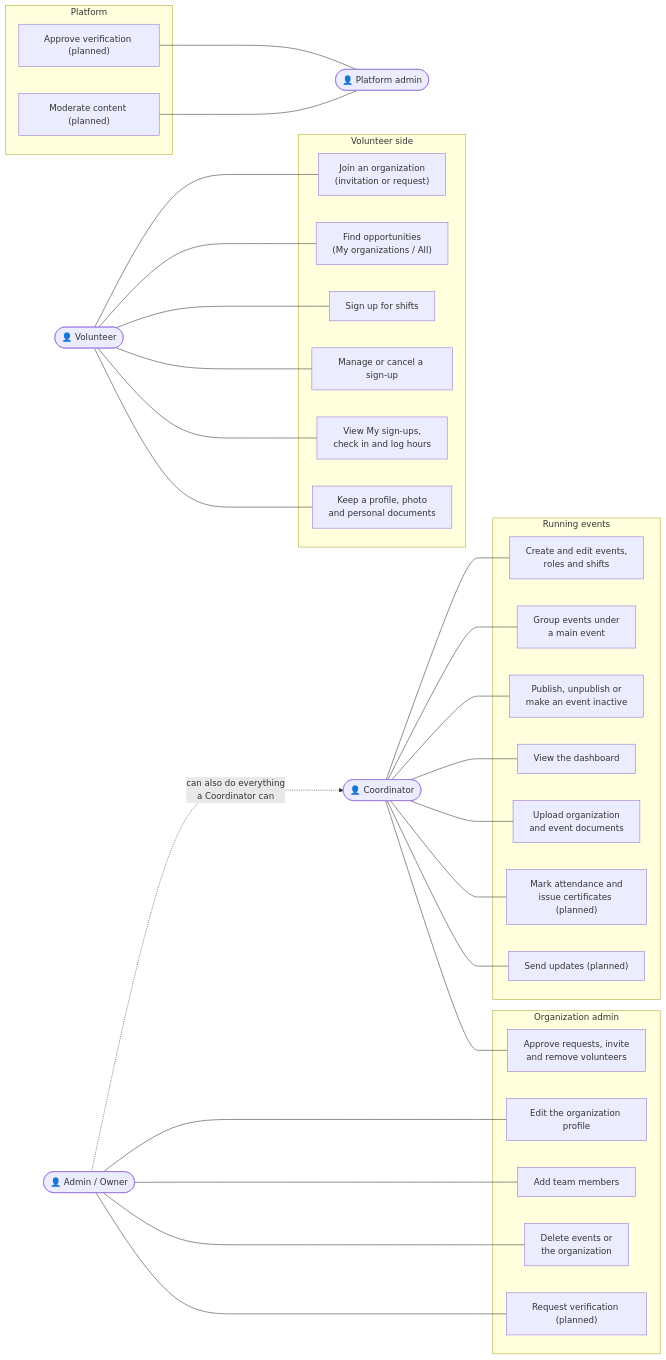
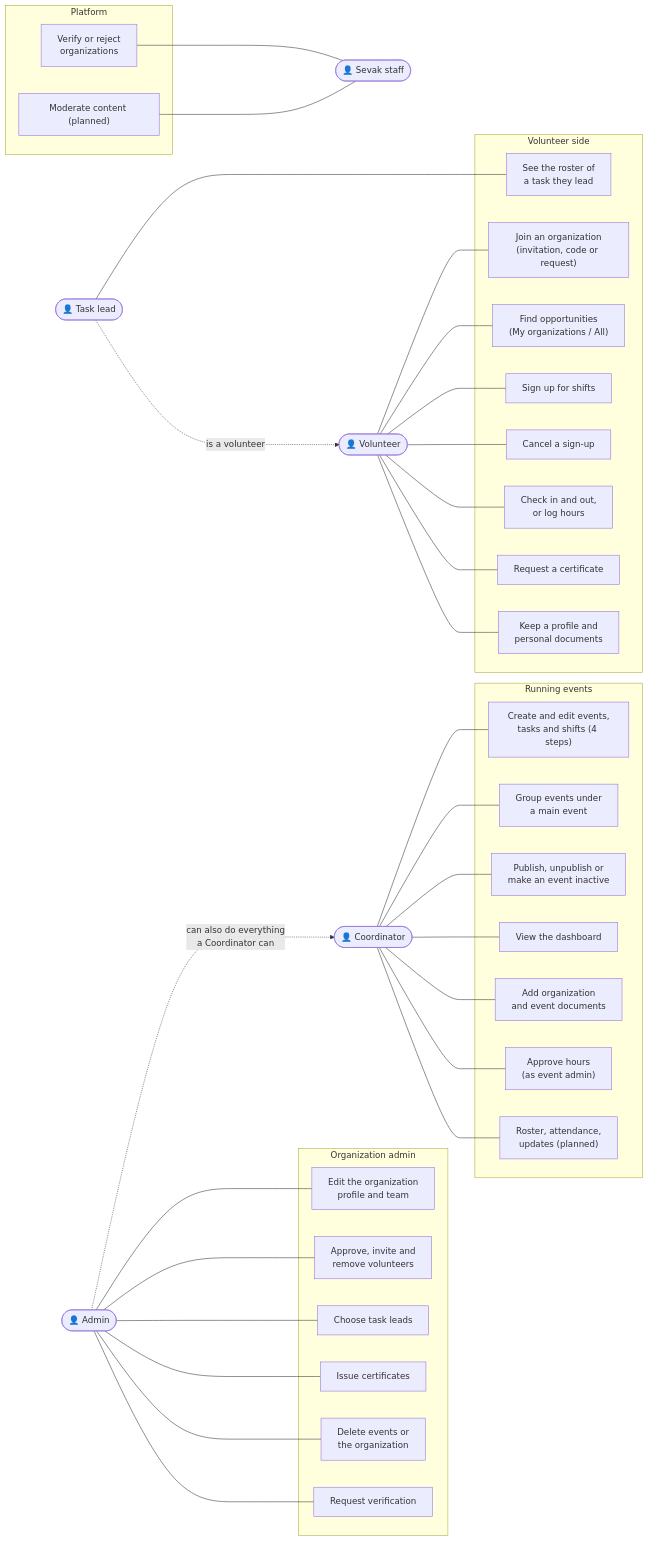
One commit to anb-solutions/sevak changed the first of 10 diagrams in docs/DIAGRAMS.md. Above: the diagram before and after it, drawn with Mermaid. The commit also changed other lines of this file and 8 other files, not shown here.

````diff
--- a/docs/DIAGRAMS.md
+++ b/docs/DIAGRAMS.md
@@ -31,45 +29,51 @@
 ```mermaid
 flowchart LR
     V(["👤 Volunteer"])
+    L(["👤 Task lead"])
     C(["👤 Coordinator"])
-    A(["👤 Admin / Owner"])
-    P(["👤 Platform admin"])
+    A(["👤 Admin"])
+    P(["👤 Sevak staff"])
 
     subgraph Volunteer side
-        UC0["Join an organization<br/>(invitation or request)"]
+        UC0["Join an organization<br/>(invitation, code or request)"]
         UC1["Find opportunities<br/>(My organizations / All)"]
         UC2["Sign up for shifts"]
-        UC3["Manage or cancel a sign-up"]
-        UC4["View My sign-ups,<br/>check in and log hours"]
-        UC5["Keep a profile, photo<br/>and personal documents"]
+        UC3["Cancel a sign-up"]
+        UC4["Check in and out,<br/>or log hours"]
+        UC5["Request a certificate"]
+        UC6["Keep a profile and<br/>personal documents"]
+        UC7["See the roster of<br/>a task they lead"]
     end
 
     subgraph Running events
-        UC6["Create and edit events,<br/>roles and shifts"]
-        UC7["Group events under<br/>a main event"]
-        UC8["Publish, unpublish or<br/>make an event inactive"]
-        UC9["View the dashboard"]
-        UC10["Upload organization<br/>and event documents"]
-        UC11["Mark attendance and<br/>issue certificates (planned)"]
-        UC12["Send updates (planned)"]
+        UC8["Create and edit events,<br/>tasks and shifts (4 steps)"]
+        UC9["Group events under<br/>a main event"]
+        UC10["Publish, unpublish or<br/>make an event inactive"]
+        UC11["View the dashboard"]
+        UC12["Add organization<br/>and event documents"]
+        UC13["Approve hours<br/>(as event admin)"]
+        UC14["Roster, attendance,<br/>updates (planned)"]
     end
 
     subgraph Organization admin
-        UC13["Edit the organization profile"]
-        UC14["Add team members"]
-        UC19["Approve requests, invite<br/>and remove volunteers"]
-        UC15["Delete events or<br/>the organization"]
-        UC16["Request verification (planned)"]
+        UC15["Edit the organization<br/>profile and team"]
+        UC16["Approve, invite and<br/>remove volunteers"]
+        UC17["Choose task leads"]
+        UC18["Issue certificates"]
+        UC19["Delete events or<br/>the organization"]
+        UC20["Request verification"]
     end
 
     subgraph Platform
-        UC17["Approve verification (planned)"]
-        UC18["Moderate content (planned)"]
+        UC21["Verify or reject<br/>organizations"]
+        UC22["Moderate content (planned)"]
     end
 
-    V --- UC0 & UC1 & UC2 & UC3 & UC4 & UC5
-    C --- UC6 & UC7 & UC8 & UC9 & UC10 & UC11 & UC12 & UC19
+    V --- UC0 & UC1 & UC2 & UC3 & UC4 & UC5 & UC6
+    L --- UC7
+    L -. "is a volunteer" .-> V
+    C --- UC8 & UC9 & UC10 & UC11 & UC12 & UC13 & UC14
     A -. "can also do everything<br/>a Coordinator can" .-> C
-    A --- UC13 & UC14 & UC15 & UC16
-    UC17 & UC18 --- P
+    A --- UC15 & UC16 & UC17 & UC18 & UC19 & UC20
+    UC21 & UC22 --- P
 ```
````
